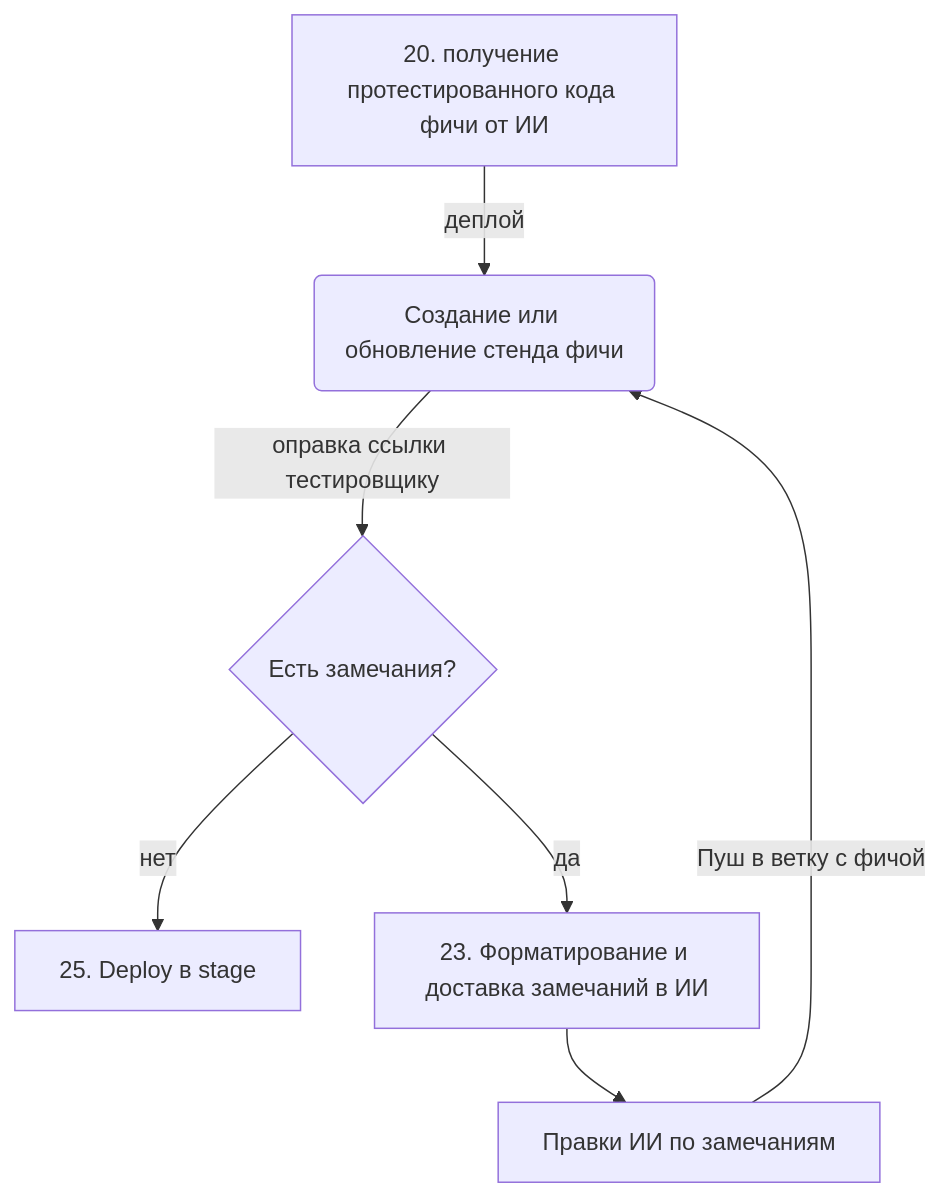
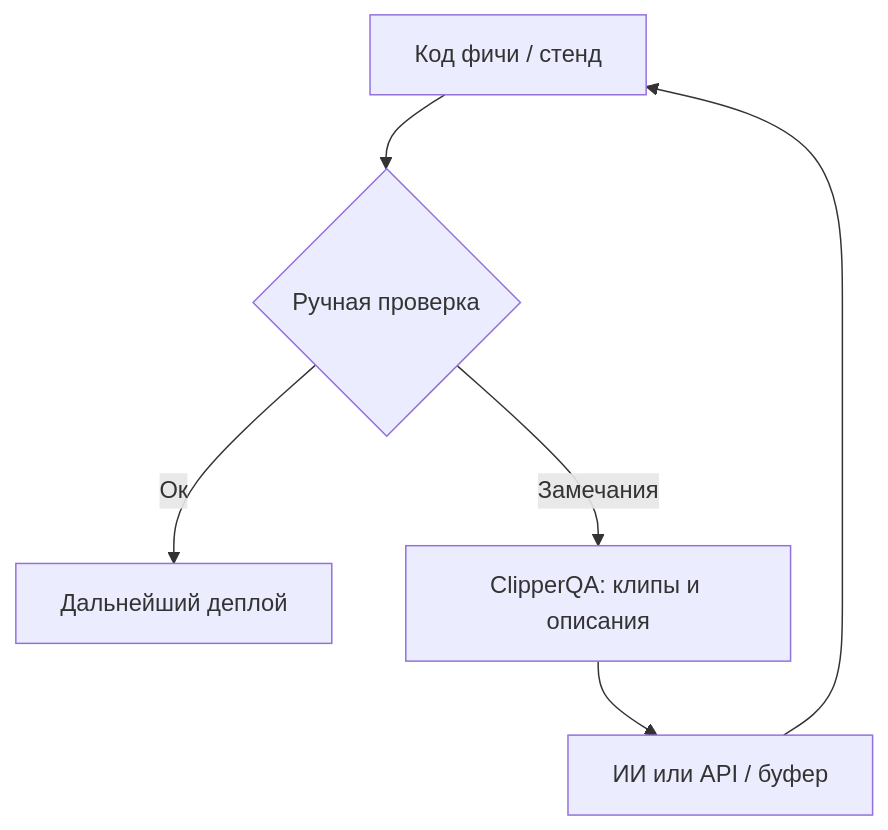
The diagram in README.ru.md (denzakh/ClipperQA), drawn with Mermaid before and after one commit. The commit also changed other lines of this file and 2 other files, not shown here.

````diff
--- a/README.ru.md
+++ b/README.ru.md
@@ -16,9 +18,8 @@
 ```mermaid
 flowchart TD
-    A[20. получение протестированного кода фичи от ИИ] -->|деплой| B(Создание или обновление стенда фичи)
-    B --> |оправка ссылки тестировщику| C{Есть замечания?}
-    C -->|нет| D[25. Deploy в stage]
-    C -->|да| E[23. Форматирование и доставка замечаний в ИИ]
-    E --> F[Правки ИИ по замечаниям]
-    F -->|Пуш в ветку с фичой| B
+    A[Код фичи / стенд] --> B{Ручная проверка}
+    B -->|Ок| C[Дальнейший деплой]
+    B -->|Замечания| D[ClipperQA: клипы и описания]
+    D --> E[ИИ или API / буфер]
+    E --> A
 ```
````
